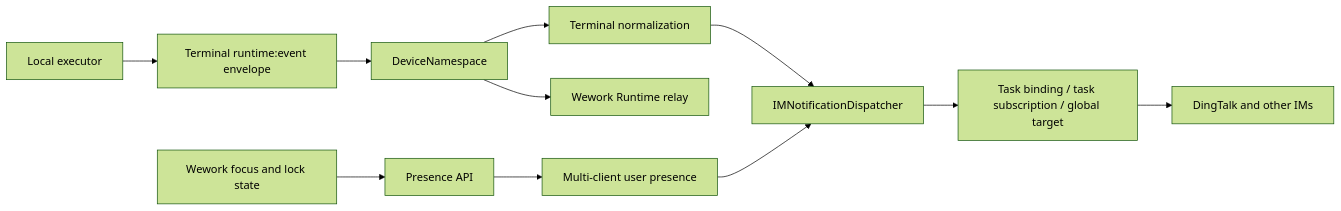
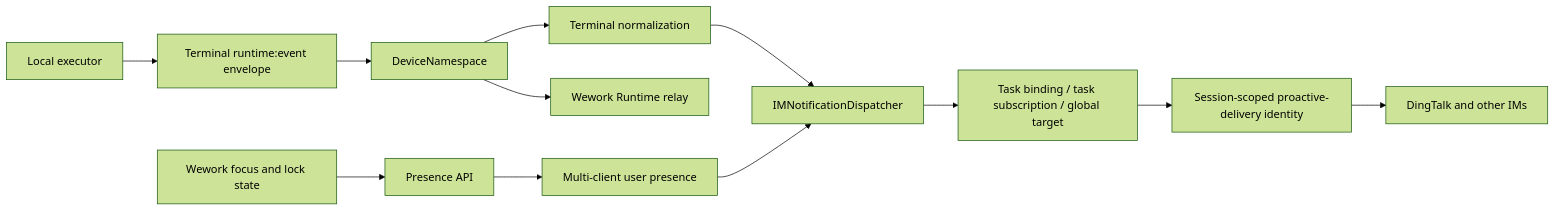
The first of 2 diagrams in docs/en/architecture/runtime-im-notifications.md (wecode-ai/Wegent), drawn with Mermaid (forest theme) before and after one commit. The commit also changed other lines of this file and 10 other files, not shown here.

Commit message:
fix(im): use session-scoped DingTalk recipients

````diff
--- a/docs/en/architecture/runtime-im-notifications.md
+++ b/docs/en/architecture/runtime-im-notifications.md
@@ -9,13 +9,14 @@
 ```mermaid
 flowchart LR
     PRESENCE[Wework focus and lock state] --> API[Presence API]
     API --> REDIS[Multi-client user presence]
     EXEC[Local executor] --> EVENT["Terminal runtime:event envelope"]
     EVENT --> DEVICE[DeviceNamespace]
     DEVICE --> WEWORK[Wework Runtime relay]
     DEVICE --> NORMALIZE[Terminal normalization]
     NORMALIZE --> DISPATCH[IMNotificationDispatcher]
     REDIS --> DISPATCH
     DISPATCH --> TARGET[Task binding / task subscription / global target]
-    TARGET --> IM[DingTalk and other IMs]
+    TARGET --> RECIPIENT[Session-scoped proactive-delivery identity]
+    RECIPIENT --> IM[DingTalk and other IMs]
 ```
````
